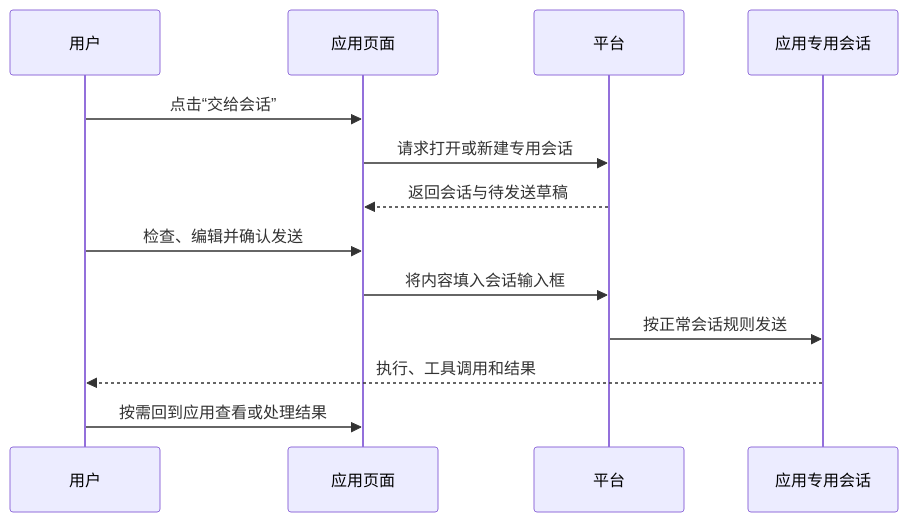
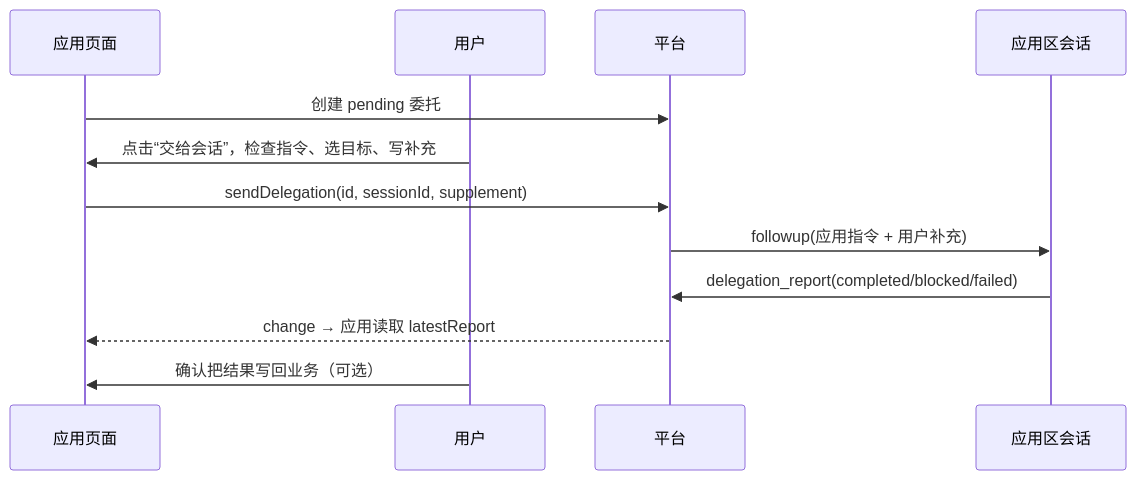
Before and after one commit to matrix1001/dsh-application-harness: the diagram in docs/architecture/9-会话委托.md, drawn with Mermaid. The commit also changed other lines of this file and 986 other files, not shown here.

````diff
--- a/docs/architecture/9-会话委托.md
+++ b/docs/architecture/9-会话委托.md
@@ -22,15 +33,14 @@
 ```mermaid
 sequenceDiagram
+    participant A as 应用页面
     participant U as 用户
-    participant UI as 应用页面
     participant P as 平台
-    participant S as 应用专用会话
-    U->>UI: 点击“交给会话”
-    UI->>P: 请求打开或新建专用会话
-    P-->>UI: 返回会话与待发送草稿
-    U->>UI: 检查、编辑并确认发送
-    UI->>P: 将内容填入会话输入框
-    P->>S: 按正常会话规则发送
-    S-->>U: 执行、工具调用和结果
-    U->>UI: 按需回到应用查看或处理结果
+    participant S as 应用区会话
+    A->>P: 创建 pending 委托
+    U->>A: 点击“交给会话”，检查指令、选目标、写补充
+    A->>P: sendDelegation(id, sessionId, supplement)
+    P->>S: followup(应用指令 + 用户补充)
+    S->>P: delegation_report(completed/blocked/failed)
+    P-->>A: change → 应用读取 latestReport
+    U->>A: 确认把结果写回业务（可选）
 ```
````
